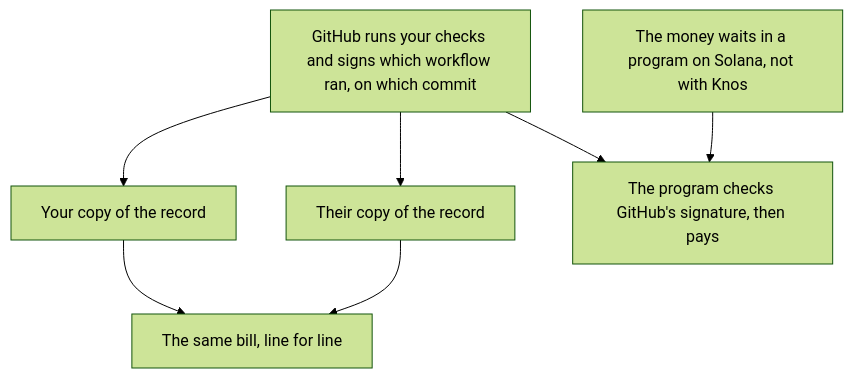
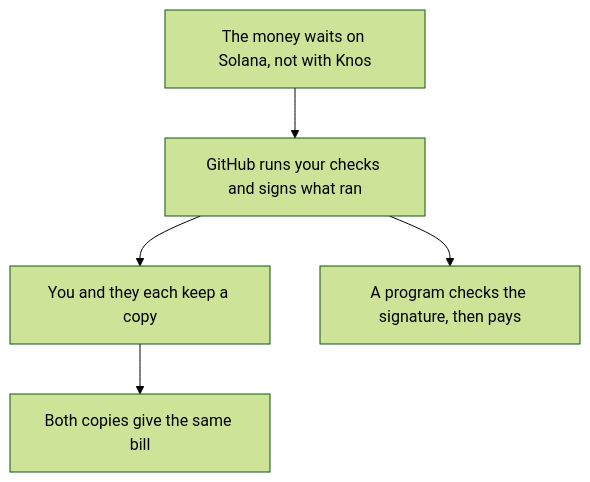
The second of 2 diagrams in README.md (drexthealpha/knos-rc), drawn with Mermaid (forest theme) before and after one commit. The commit also changed other lines of this file and 756 other files, not shown here.

````diff
--- a/README.md
+++ b/README.md
@@ -47,13 +55,11 @@
 ```mermaid
 flowchart TB
-    run["GitHub runs your checks and signs which workflow ran, on which commit"]
-    yours["Your copy of the record"]
-    theirs["Their copy of the record"]
-    bill["The same bill, line for line"]
-    money["The money waits in a program on Solana, not with Knos"]
-    pay["The program checks GitHub's signature, then pays"]
-    run --> yours --> bill
-    run --> theirs --> bill
+    money["The money waits on Solana, not with Knos"]
+    run["GitHub runs your checks and signs what ran"]
+    copies["You and they each keep a copy"]
+    bill["Both copies give the same bill"]
+    pay["A program checks the signature, then pays"]
+    money --> run
+    run --> copies --> bill
     run --> pay
-    money --> pay
 ```
````
